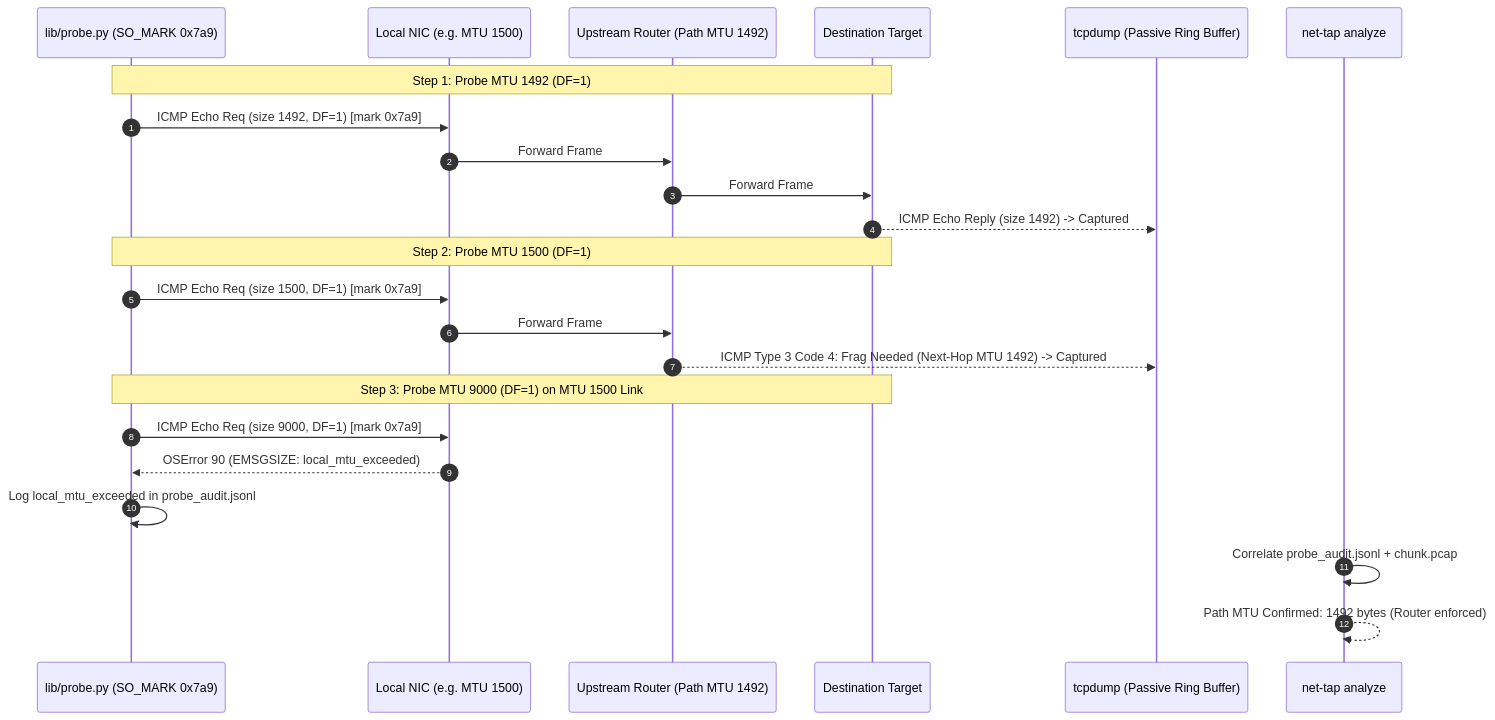
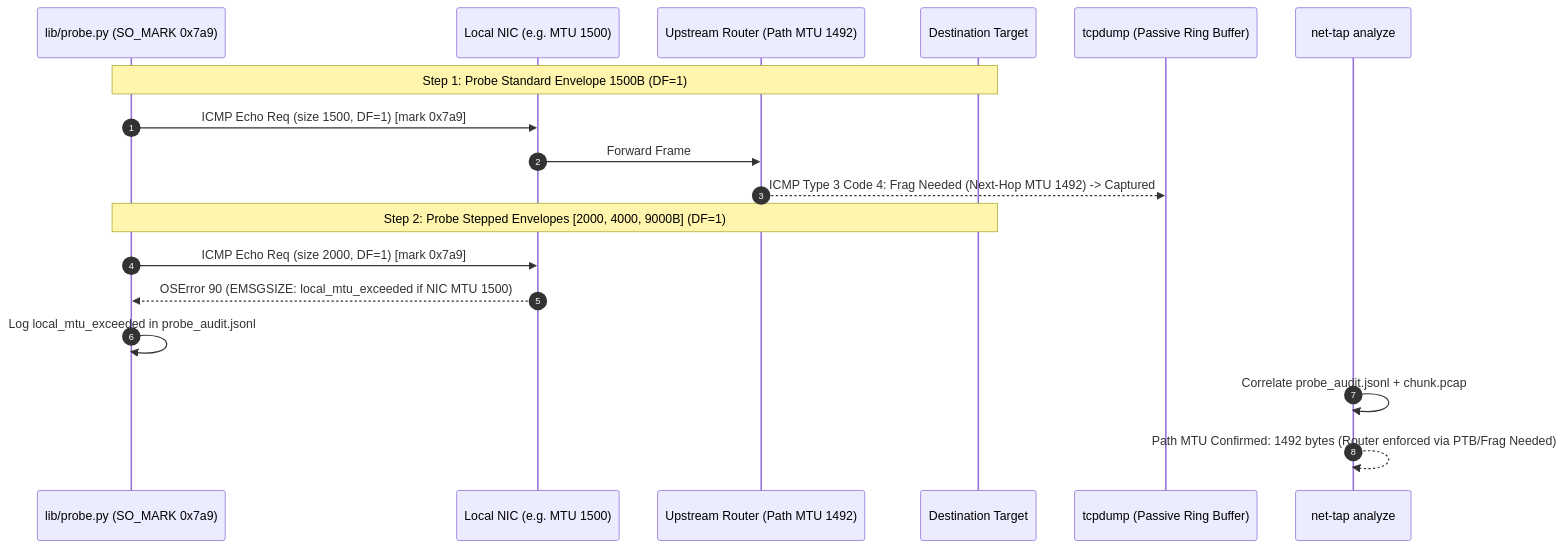
The seventh of 9 diagrams in README.md (Nementon/net-tap), drawn with Mermaid before and after one commit. The commit also changed other lines of this file and 8 other files, not shown here.

````diff
--- a/README.md
+++ b/README.md
@@ -693,26 +698,21 @@
 ```mermaid
 sequenceDiagram
     autonumber
     participant Probe as lib/probe.py (SO_MARK 0x7a9)
     participant Local_NIC as Local NIC (e.g. MTU 1500)
     participant Router as Upstream Router (Path MTU 1492)
     participant Target as Destination Target
     participant PCAP as tcpdump (Passive Ring Buffer)
     participant Analyzer as net-tap analyze
 
-    Note over Probe,Target: Step 1: Probe MTU 1492 (DF=1)
-    Probe->>Local_NIC: ICMP Echo Req (size 1492, DF=1) [mark 0x7a9]
-    Local_NIC->>Router: Forward Frame
-    Router->>Target: Forward Frame
-    Target-->>PCAP: ICMP Echo Reply (size 1492) -> Captured
-    Note over Probe,Target: Step 2: Probe MTU 1500 (DF=1)
+    Note over Probe,Target: Step 1: Probe Standard Envelope 1500B (DF=1)
     Probe->>Local_NIC: ICMP Echo Req (size 1500, DF=1) [mark 0x7a9]
     Local_NIC->>Router: Forward Frame
     Router-->>PCAP: ICMP Type 3 Code 4: Frag Needed (Next-Hop MTU 1492) -> Captured
-    Note over Probe,Target: Step 3: Probe MTU 9000 (DF=1) on MTU 1500 Link
-    Probe->>Local_NIC: ICMP Echo Req (size 9000, DF=1) [mark 0x7a9]
-    Local_NIC-->>Probe: OSError 90 (EMSGSIZE: local_mtu_exceeded)
+    Note over Probe,Target: Step 2: Probe Stepped Envelopes [2000, 4000, 9000B] (DF=1)
+    Probe->>Local_NIC: ICMP Echo Req (size 2000, DF=1) [mark 0x7a9]
+    Local_NIC-->>Probe: OSError 90 (EMSGSIZE: local_mtu_exceeded if NIC MTU 1500)
     Probe->>Probe: Log local_mtu_exceeded in probe_audit.jsonl
     Analyzer->>Analyzer: Correlate probe_audit.jsonl + chunk.pcap
-    Analyzer-->>Analyzer: Path MTU Confirmed: 1492 bytes (Router enforced)
+    Analyzer-->>Analyzer: Path MTU Confirmed: 1492 bytes (Router enforced via PTB/Frag Needed)
 ```
````
